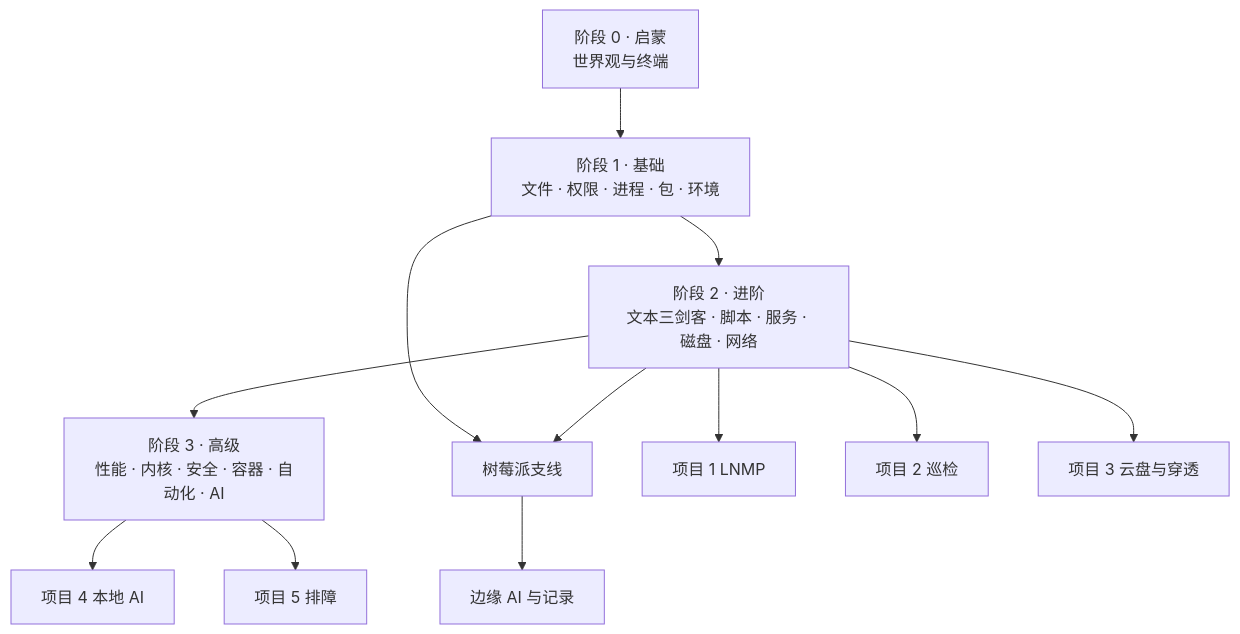
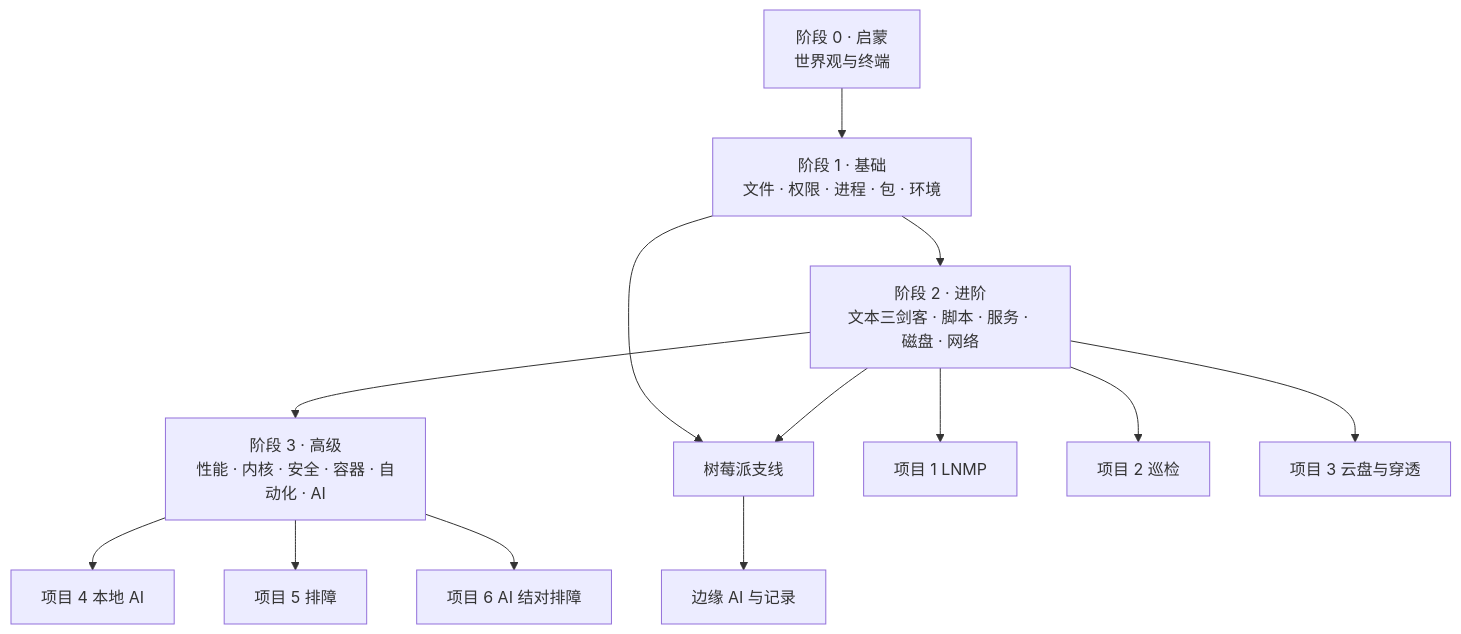
Before and after one commit to zhuguang-ZFG/linux: the diagram in resources/knowledge-map.md, drawn with Mermaid. The commit also changed other lines of this file and 19 other files, not shown here.

First line of the commit message:
feat(content): AI 结对排障落章 — ROADMAP AI 支线转正为项目 6

````diff
--- a/resources/knowledge-map.md
+++ b/resources/knowledge-map.md
@@ -9,14 +9,15 @@
 ```mermaid
 flowchart TB
     A["阶段 0 · 启蒙<br/>世界观与终端"] --> B["阶段 1 · 基础<br/>文件 · 权限 · 进程 · 包 · 环境"]
     B --> C["阶段 2 · 进阶<br/>文本三剑客 · 脚本 · 服务 · 磁盘 · 网络"]
     C --> D["阶段 3 · 高级<br/>性能 · 内核 · 安全 · 容器 · 自动化 · AI"]
     B --> R["树莓派支线"]
     C --> R
     C --> P1["项目 1 LNMP"]
     C --> P2["项目 2 巡检"]
     C --> P3["项目 3 云盘与穿透"]
     D --> P4["项目 4 本地 AI"]
     D --> P5["项目 5 排障"]
+    D --> P7["项目 6 AI 结对排障"]
     R --> P6["边缘 AI 与记录"]
 ```
````
